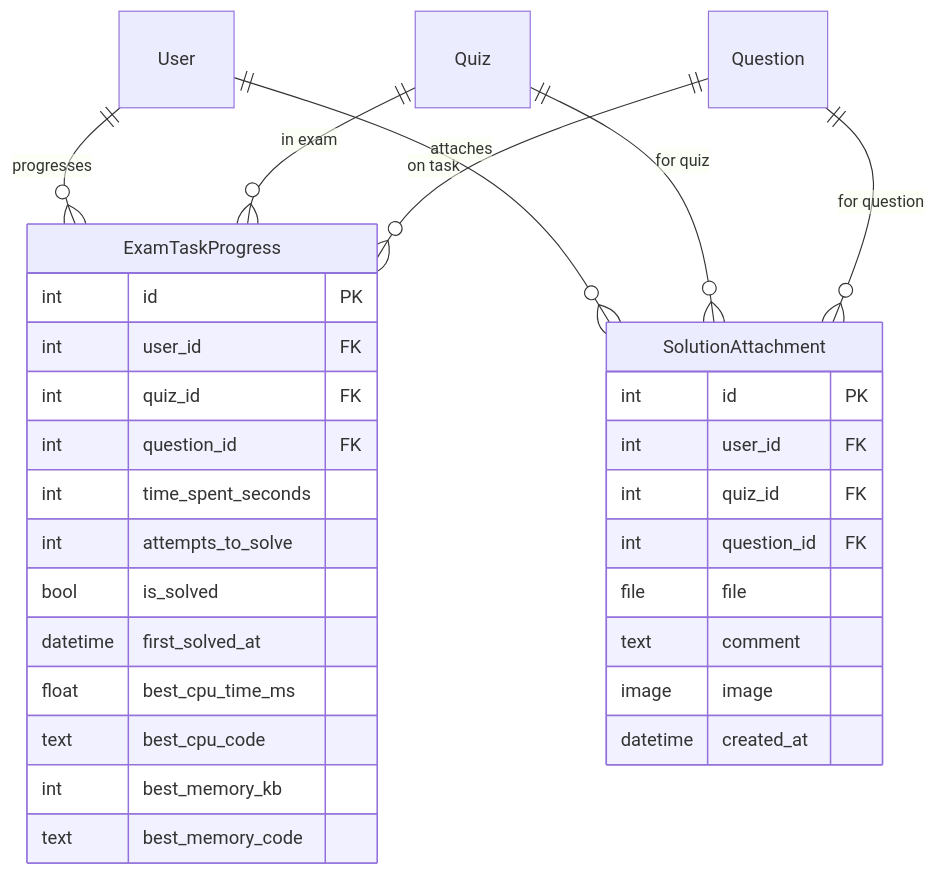
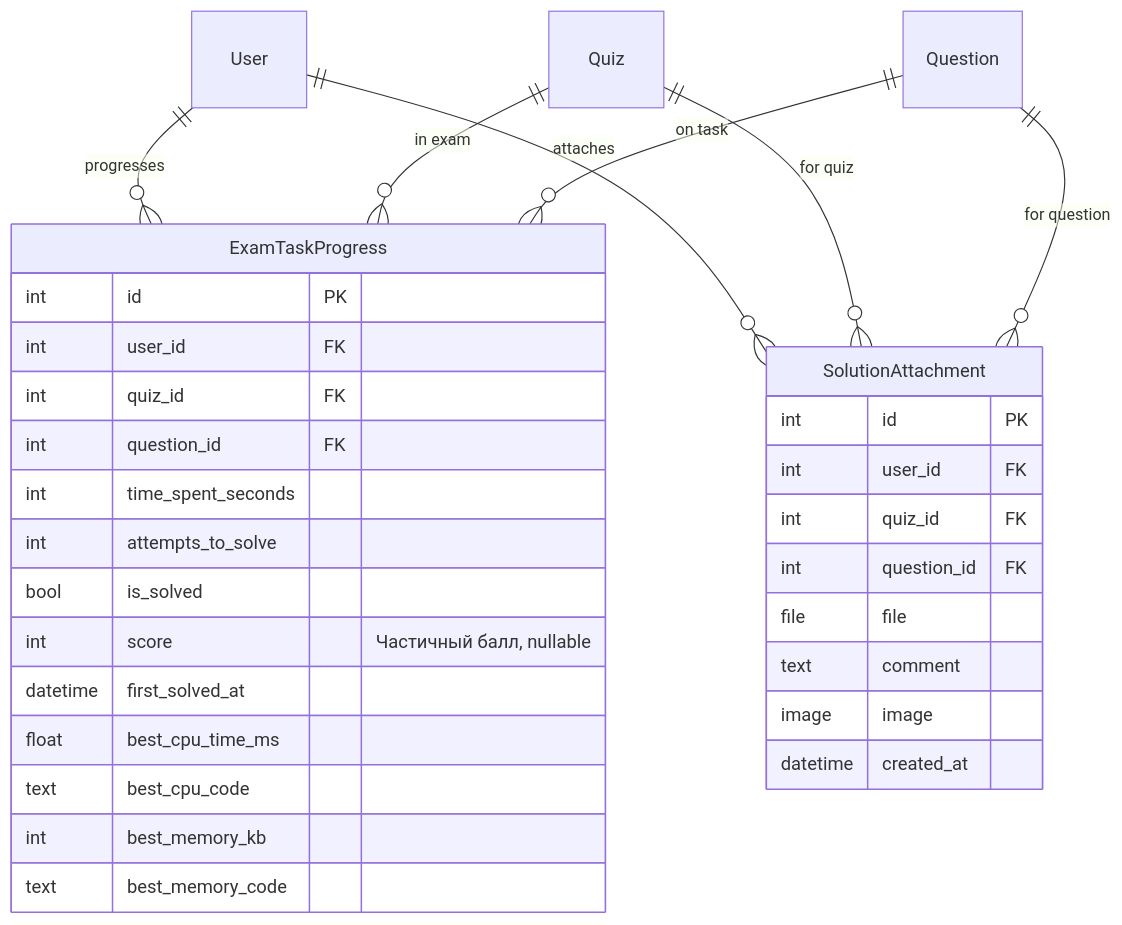
One commit to Kirill2517nv/SiteAboutMe changed the sixth of 10 diagrams in docs/database/er-diagram.md. Above: the diagram before and after it, drawn with Mermaid. The commit also changed other lines of this file and 40 other files, not shown here.

````diff
--- a/docs/database/er-diagram.md
+++ b/docs/database/er-diagram.md
@@ -249,35 +358,36 @@
 ```mermaid
 erDiagram
     User ||--o{ ExamTaskProgress : "progresses"
     Quiz ||--o{ ExamTaskProgress : "in exam"
     Question ||--o{ ExamTaskProgress : "on task"
     User ||--o{ SolutionAttachment : "attaches"
     Quiz ||--o{ SolutionAttachment : "for quiz"
     Question ||--o{ SolutionAttachment : "for question"
 
     ExamTaskProgress {
         int id PK
         int user_id FK
         int quiz_id FK
         int question_id FK
         int time_spent_seconds
         int attempts_to_solve
         bool is_solved
+        int score "Частичный балл, nullable"
         datetime first_solved_at
         float best_cpu_time_ms
         text best_cpu_code
         int best_memory_kb
         text best_memory_code
     }
 
     SolutionAttachment {
         int id PK
         int user_id FK
         int quiz_id FK
         int question_id FK
         file file
         text comment
         image image
         datetime created_at
     }
 ```
````
